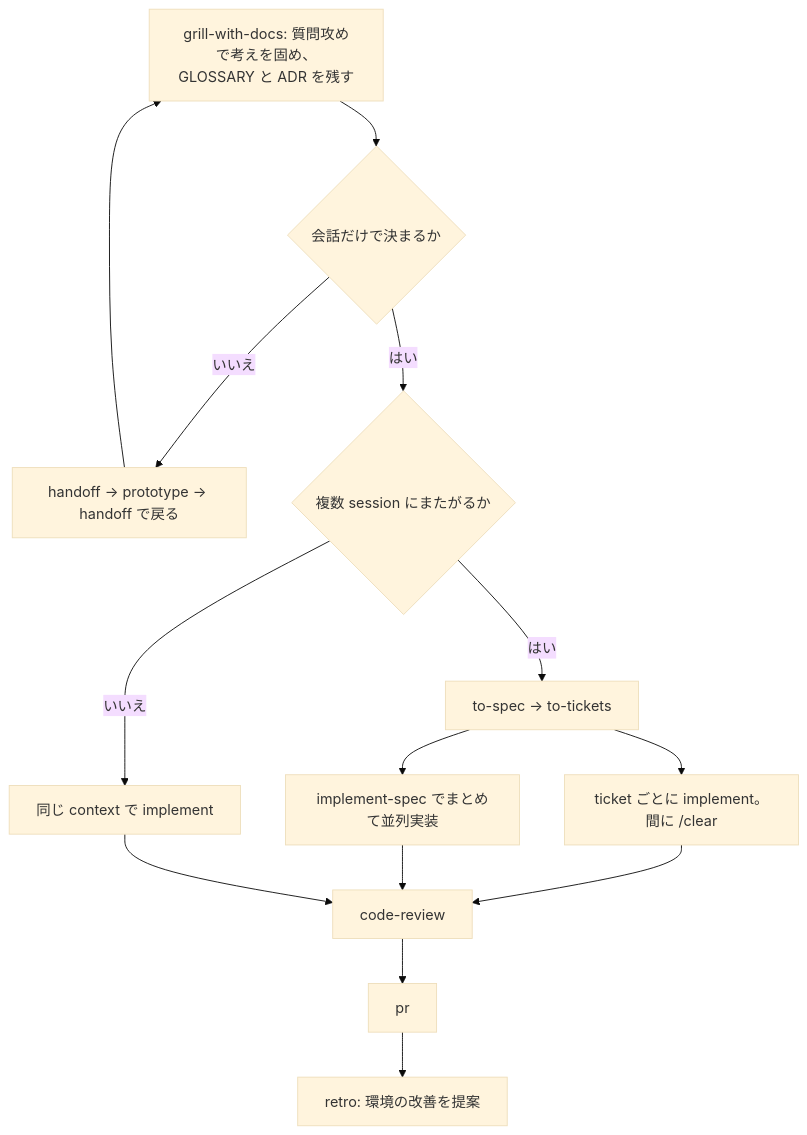
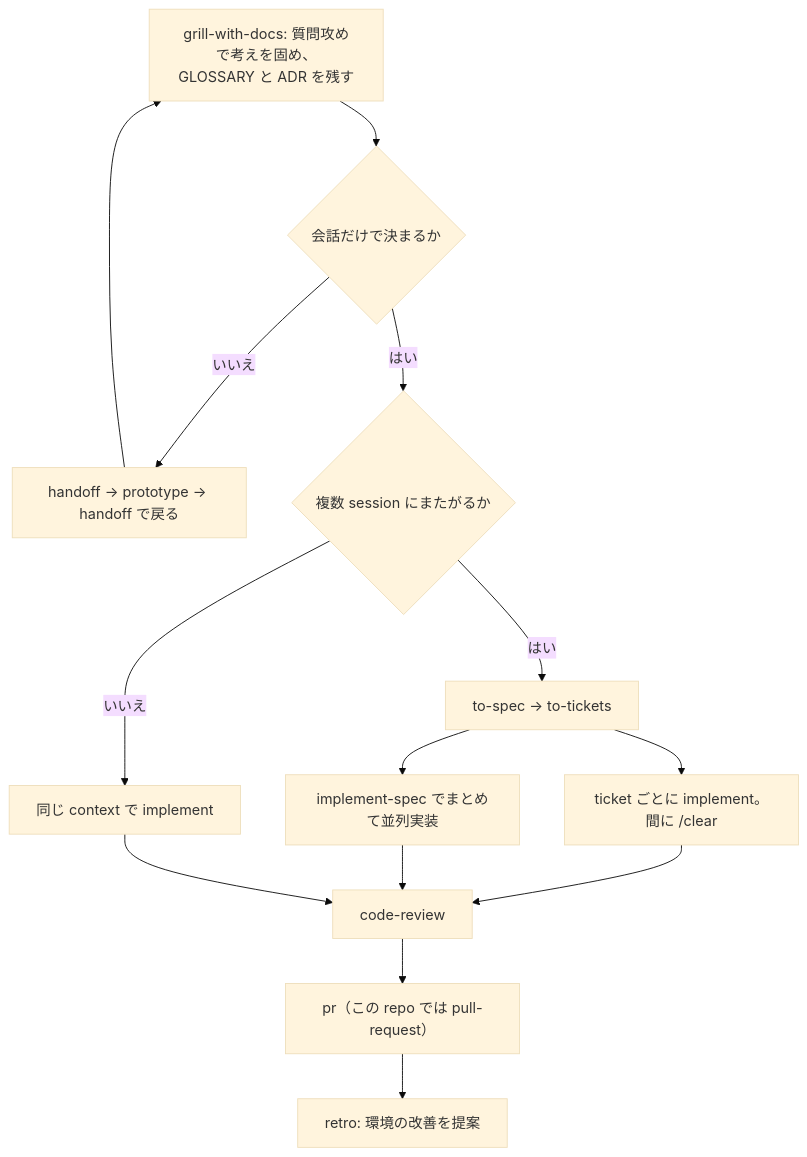
One commit to ashigirl96/dawkinsuke-plugins changed the diagram in docs/philosophy/matt.md. Above: the diagram before and after it, drawn with Mermaid (base theme). The commit also changed 20 other files, not shown here.

First line of the commit message:
matt の pr スキルを pull-request に改名し、upstream のスキルを別名で張る改名リストを足す (#60)

````diff
--- a/docs/philosophy/matt.md
+++ b/docs/philosophy/matt.md
@@ -95,16 +95,16 @@
 ```mermaid
 flowchart TD
   A["grill-with-docs: 質問攻めで考えを固め、GLOSSARY と ADR を残す"] --> B{"会話だけで決まるか"}
   B -- いいえ --> P["handoff → prototype → handoff で戻る"]
   P --> A
   B -- はい --> C{"複数 session にまたがるか"}
   C -- はい --> D["to-spec → to-tickets"]
   D --> E1["ticket ごとに implement。間に /clear"]
   D --> E2["implement-spec でまとめて並列実装"]
   C -- いいえ --> E3["同じ context で implement"]
   E1 --> R["code-review"]
   E2 --> R
   E3 --> R
-  R --> PR["pr"]
+  R --> PR["pr（この repo では pull-request）"]
   PR --> RT["retro: 環境の改善を提案"]
 ```
````
